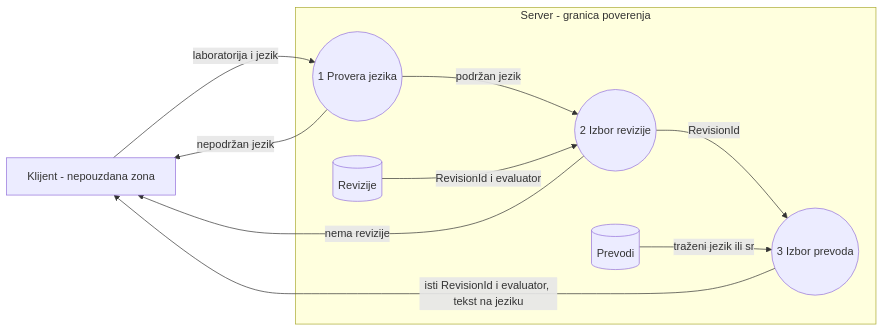
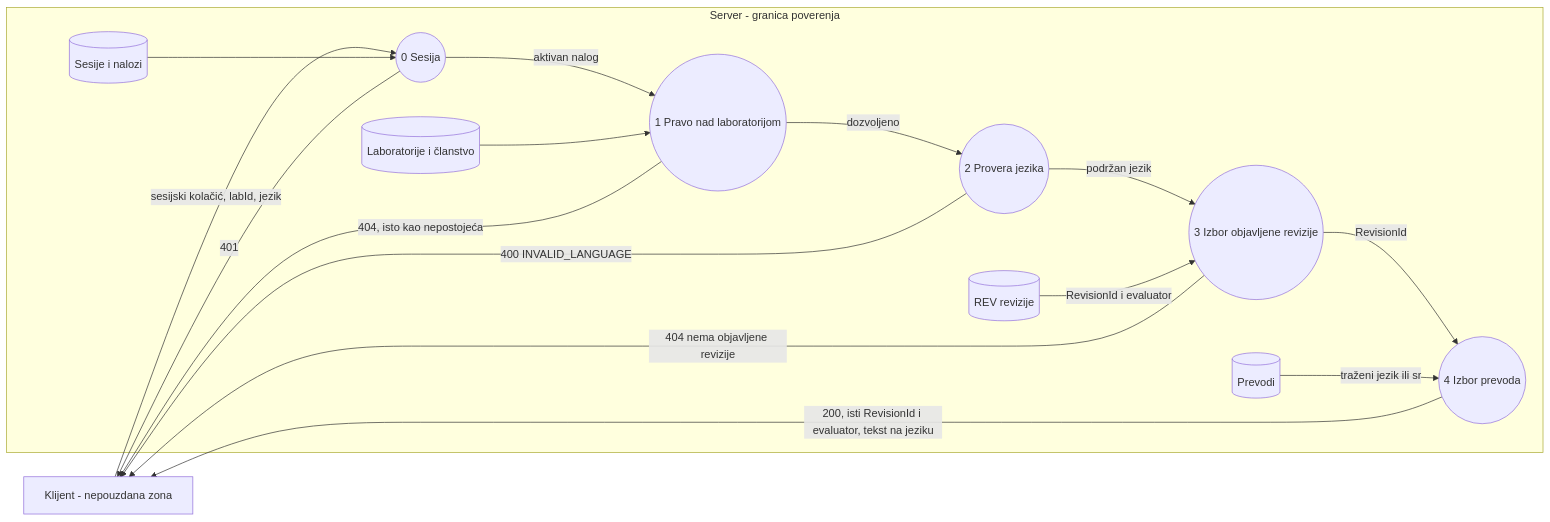
Before and after one commit to djufa762x39/security-lab: the second of 2 diagrams in docs/components/LAB-07-localization.md, drawn with Mermaid. The commit also changed other lines of this file, not shown here.

Commit message:
LAB-07: update component doc for API integration and test results

````diff
--- a/docs/components/LAB-07-localization.md
+++ b/docs/components/LAB-07-localization.md
@@ -51,13 +81,19 @@
 ```mermaid
 flowchart LR
-  C["Klijent - nepouzdana zona"] -->|"laboratorija i jezik"| P1
+  C["Klijent - nepouzdana zona"] -->|"sesijski kolačić, labId, jezik"| P0
   subgraph S["Server - granica poverenja"]
-    P1(("1 Provera jezika")) -->|"podržan jezik"| P2(("2 Izbor revizije"))
-    P2 -->|"RevisionId"| P3(("3 Izbor prevoda"))
-    R[("Revizije")] -->|"RevisionId i evaluator"| P2
-    D[("Prevodi")] -->|"traženi jezik ili sr"| P3
+    P0(("0 Sesija")) -->|"aktivan nalog"| P1(("1 Pravo nad laboratorijom"))
+    I[("Sesije i nalozi")] --> P0
+    L[("Laboratorije i članstvo")] --> P1
+    P1 -->|"dozvoljeno"| P2(("2 Provera jezika"))
+    P2 -->|"podržan jezik"| P3(("3 Izbor objavljene revizije"))
+    R[("REV revizije")] -->|"RevisionId i evaluator"| P3
+    P3 -->|"RevisionId"| P4(("4 Izbor prevoda"))
+    D[("Prevodi")] -->|"traženi jezik ili sr"| P4
   end
-  P1 -->|"nepodržan jezik"| C
-  P2 -->|"nema revizije"| C
-  P3 -->|"isti RevisionId i evaluator, tekst na jeziku"| C
+  P0 -->|"401"| C
+  P1 -->|"404, isto kao nepostojeća"| C
+  P2 -->|"400 INVALID_LANGUAGE"| C
+  P3 -->|"404 nema objavljene revizije"| C
+  P4 -->|"200, isti RevisionId i evaluator, tekst na jeziku"| C
 ```
````
